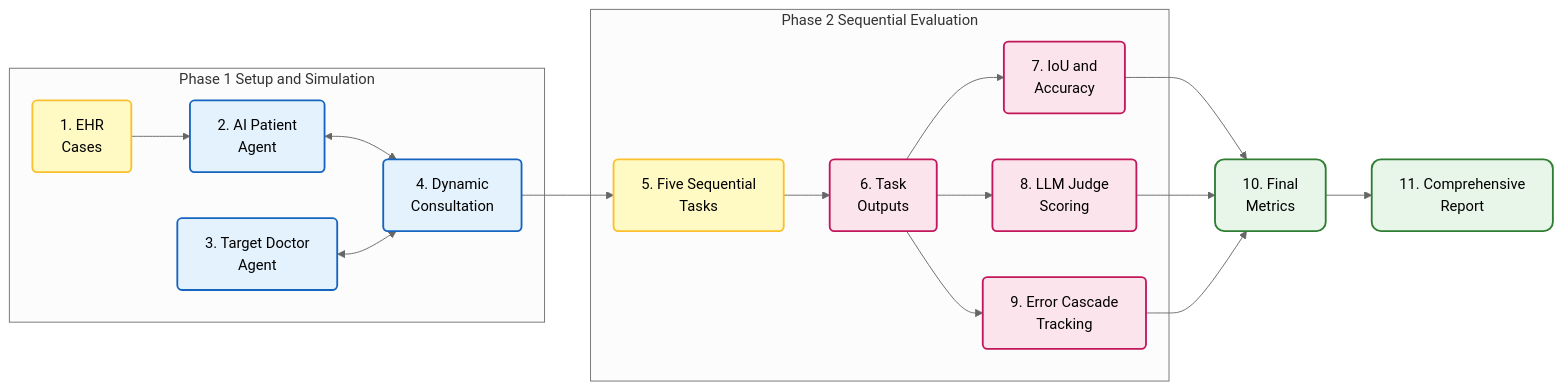
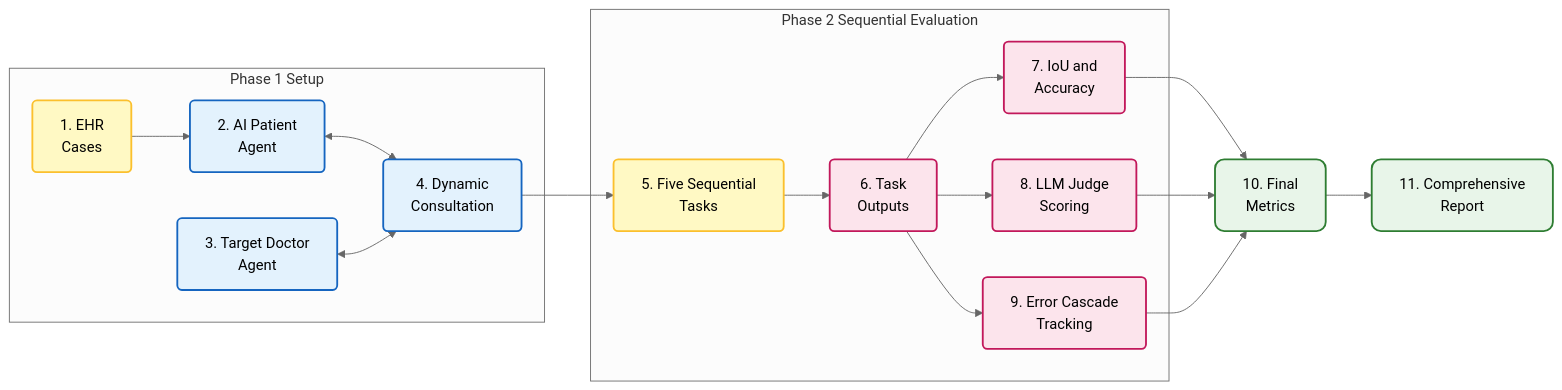
Before and after one commit to hhtrocket/HHT-Benchmark-dataset: the second of 5 diagrams in Literature Review/brief report 2.md, drawn with Mermaid (neutral theme).

Commit message:
Update brief report 2.md

````diff
--- a/Literature Review/brief report 2.md
+++ b/Literature Review/brief report 2.md
@@ -73,40 +73,40 @@
 ```mermaid
 graph LR
     classDef phase1 fill:#e3f2fd,stroke:#1565c0,stroke-width:2px,rx:5,ry:5;
     classDef phase2 fill:#fce4ec,stroke:#c2185b,stroke-width:2px,rx:5,ry:5;
     classDef input fill:#fff9c4,stroke:#fbc02d,stroke-width:2px,rx:5,ry:5;
     classDef report fill:#e8f5e9,stroke:#2e7d32,stroke-width:2px,rx:10,ry:10;
 
-    subgraph Phase1 [Phase 1 Setup and Simulation]
+    subgraph Phase1 [Phase 1 Setup]
         EHR["1. EHR<br/>Cases"]:::input
         SimUser["2. AI Patient<br/>Agent"]:::phase1
         Agent["3. Target Doctor<br/>Agent"]:::phase1
         Interaction["4. Dynamic<br/>Consultation"]:::phase1
         
         EHR --> SimUser
         SimUser <--> Interaction
         Agent <--> Interaction
     end
 
     subgraph Phase2 [Phase 2 Sequential Evaluation]
         Stages["5. Five Sequential<br/>Tasks"]:::input
         Output["6. Task<br/>Outputs"]:::phase2
         RuleEval["7. IoU and<br/>Accuracy"]:::phase2
         LLMEval["8. LLM Judge<br/>Scoring"]:::phase2
         ErrorCheck["9. Error Cascade<br/>Tracking"]:::phase2
         
         Interaction --> Stages
         Stages --> Output
         Output --> RuleEval
         Output --> LLMEval
         Output --> ErrorCheck
     end
 
     Metrics["10. Final<br/>Metrics"]:::report
     Report["11. Comprehensive<br/>Report"]:::report
 
     RuleEval --> Metrics
     LLMEval --> Metrics
     ErrorCheck --> Metrics
     Metrics --> Report
 ```
````
